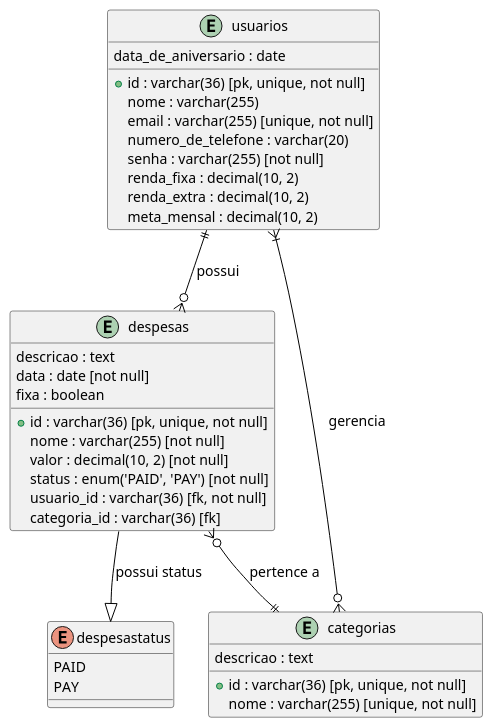
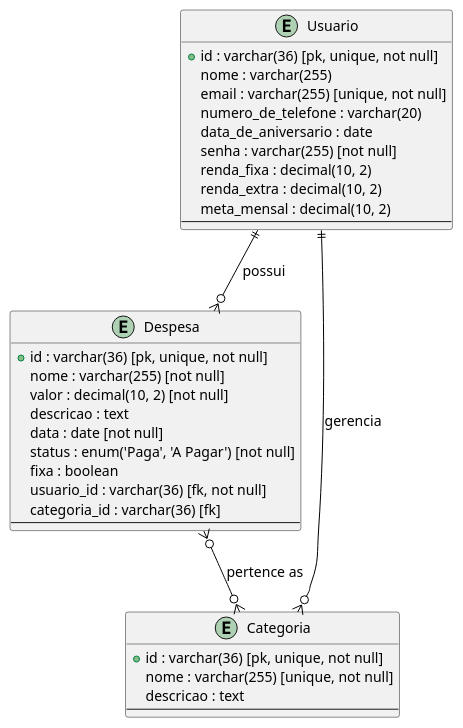
The diagram in documents/logic_diagram/logic_diagram.puml (LucasMairon/FinanSee), drawn with PlantUML before and after one commit. The commit also changed 1 other file, not shown here.

Commit message:
docs: updating logic diagram

```diff
--- a/documents/logic_diagram/logic_diagram.puml
+++ b/documents/logic_diagram/logic_diagram.puml
@@ -1,49 +1,46 @@
 @startuml Diagrama Lógico
 
 skinparam TableAttributeFontSize 12
 skinparam TableFontSize 14
 skinparam TableBorderColor black
 skinparam ArrowColor black
 skinparam ArrowFontSize 14
 
-entity "usuarios" as usuario {
+entity "Usuario" as usuario {
   + id : varchar(36) [pk, unique, not null]
   nome : varchar(255)
   email : varchar(255) [unique, not null]
   numero_de_telefone : varchar(20)
   data_de_aniversario : date
   senha : varchar(255) [not null]
   renda_fixa : decimal(10, 2)
   renda_extra : decimal(10, 2)
   meta_mensal : decimal(10, 2)
+  --
 }
 
-entity "despesas" as despesa {
+entity "Despesa" as despesa {
   + id : varchar(36) [pk, unique, not null]
   nome : varchar(255) [not null]
   valor : decimal(10, 2) [not null]
   descricao : text
   data : date [not null]
-  status : enum('PAID', 'PAY') [not null]
+  status : enum('Paga', 'A Pagar') [not null]
   fixa : boolean
   usuario_id : varchar(36) [fk, not null]
   categoria_id : varchar(36) [fk]
+  --
 }
 
-entity "categorias" as categoria {
+entity "Categoria" as categoria {
   + id : varchar(36) [pk, unique, not null]
   nome : varchar(255) [unique, not null]
   descricao : text
+  --
 }
 
 usuario ||--o{ despesa : possui
-usuario }|--o{ categoria : gerencia
-despesa }o--|| categoria : pertence a
-despesa --|> despesastatus : possui status
-
-enum despesastatus {
-  PAID
-  PAY
-}
+usuario ||--o{ categoria : gerencia
+despesa }o--o{ categoria : pertence as
 
 @enduml
```
